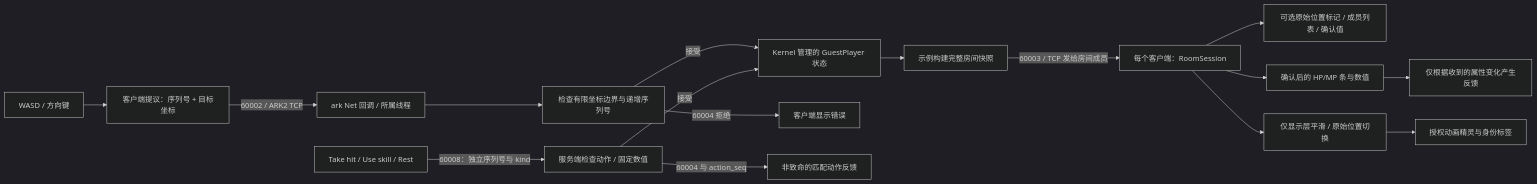
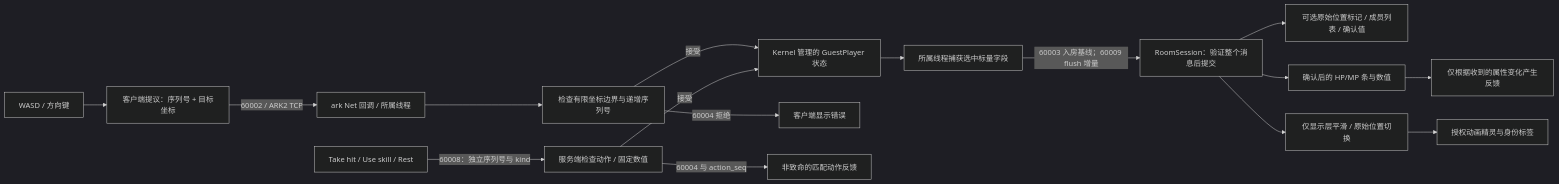
One commit to OpenArkStudio/ark-client-godot changed the diagram in docs/data-sync_CN.md. Above: the diagram before and after it, drawn with Mermaid (dark theme). The commit also changed other lines of this file and 34 other files, not shown here.

````diff
--- a/docs/data-sync_CN.md
+++ b/docs/data-sync_CN.md
@@ -7,18 +8,18 @@
 ```mermaid
 flowchart LR
     Input[WASD / 方向键] --> Proposal[客户端提议：序列号 + 目标坐标]
     Proposal -->|60002 / ARK2 TCP| Net[ark Net 回调 / 所属线程]
     Net --> Check[检查有限坐标边界与递增序列号]
     Check -->|接受| Kernel[Kernel 管理的 GuestPlayer 状态]
     Check -->|60004 拒绝| Error[客户端显示错误]
     Action[Take hit / Use skill / Rest] -->|60008：独立序列号与 kind| ActionCheck[服务端检查动作 / 固定数值]
     ActionCheck -->|接受| Kernel
     ActionCheck -->|60004 与 action_seq| Rejection[非致命的匹配动作反馈]
-    Kernel --> Snapshot[示例构建完整房间快照]
-    Snapshot -->|60003 / TCP 发给房间成员| Room[每个客户端：RoomSession]
+    Kernel --> Snapshot[所属线程捕获选中标量字段]
+    Snapshot -->|60003 入房基线；60009 flush 增量| Room[RoomSession：验证整个消息后提交]
     Room --> Raw[可选原始位置标记 / 成员列表 / 确认值]
     Room --> Stats[确认后的 HP/MP 条与数值]
     Stats --> Delta[仅根据收到的属性变化产生反馈]
     Room --> Display[仅显示层平滑 / 原始位置切换]
     Display --> Avatar[授权动画精灵与身份标签]
 ```
````
